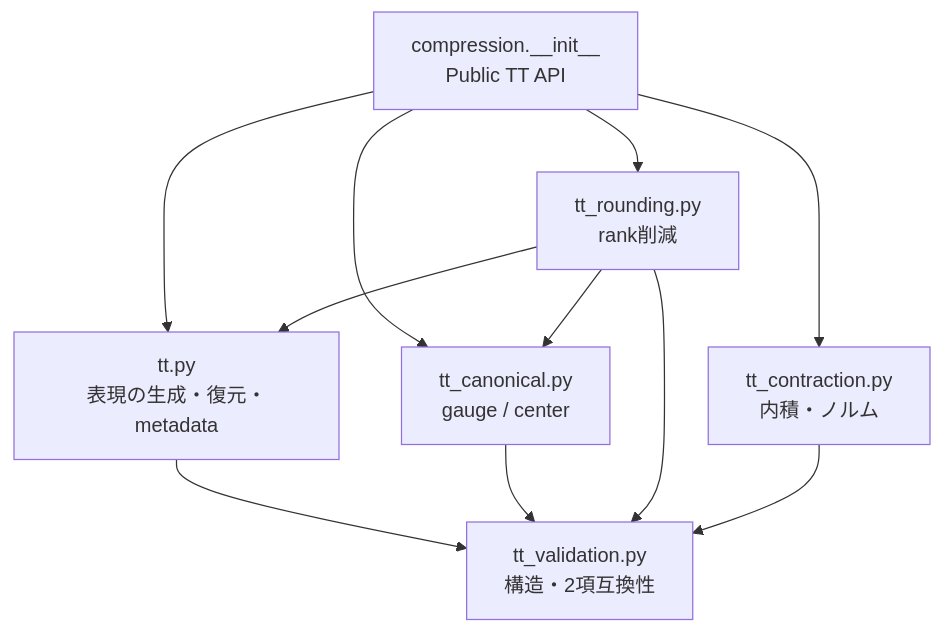
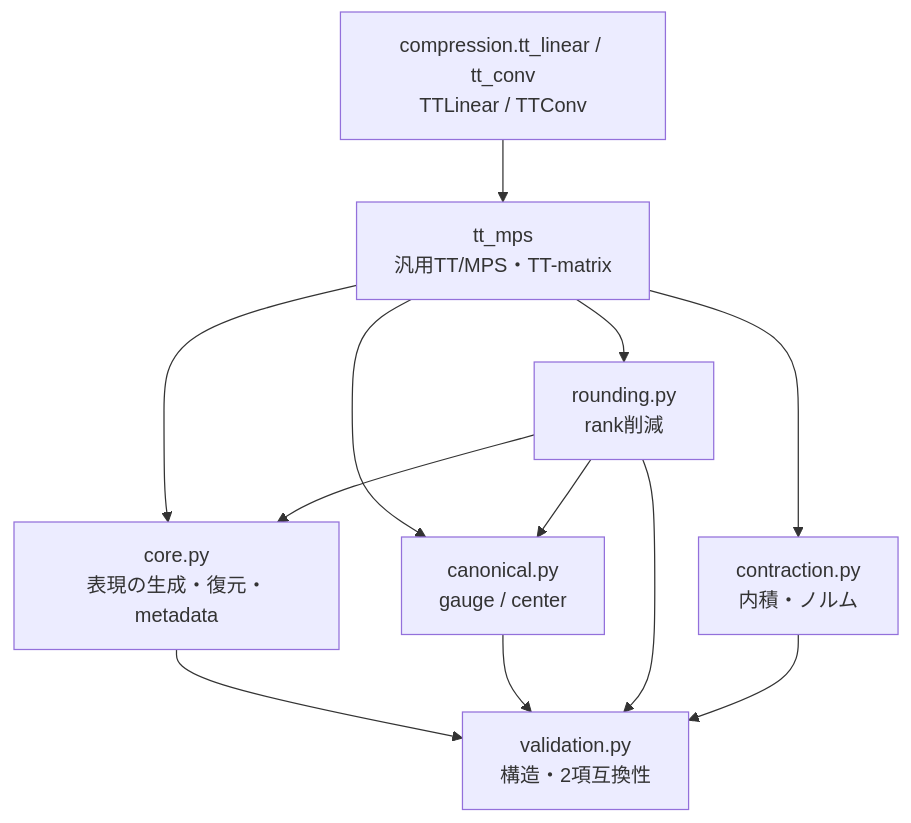
One commit to astrare2480/nn-compression-svd-dmrg changed the diagram in docs/90_src設計/02_モジュール設計.md. Above: the diagram before and after it, drawn with Mermaid. The commit also changed other lines of this file and 494 other files, not shown here.

````diff
--- a/docs/90_src設計/02_モジュール設計.md
+++ b/docs/90_src設計/02_モジュール設計.md
@@ -167,20 +166,22 @@
 ```mermaid
 flowchart TD
-    Public["compression.__init__<br/>Public TT API"]
-    Basic["tt.py<br/>表現の生成・復元・metadata"]
-    Canonical["tt_canonical.py<br/>gauge / center"]
-    Rounding["tt_rounding.py<br/>rank削減"]
-    Contract["tt_contraction.py<br/>内積・ノルム"]
-    Validation["tt_validation.py<br/>構造・2項互換性"]
+    Public["tt_mps<br/>汎用TT/MPS・TT-matrix"]
+    Basic["core.py<br/>表現の生成・復元・metadata"]
+    Canonical["canonical.py<br/>gauge / center"]
+    Rounding["rounding.py<br/>rank削減"]
+    Contract["contraction.py<br/>内積・ノルム"]
+    Validation["validation.py<br/>構造・2項互換性"]
+    NN["compression.tt_linear / tt_conv<br/>TTLinear / TTConv"]
 
     Public --> Basic
     Public --> Canonical
     Public --> Rounding
     Public --> Contract
     Basic --> Validation
     Canonical --> Validation
     Rounding --> Validation
     Rounding --> Canonical
     Rounding --> Basic
     Contract --> Validation
+    NN --> Public
 ```
````
